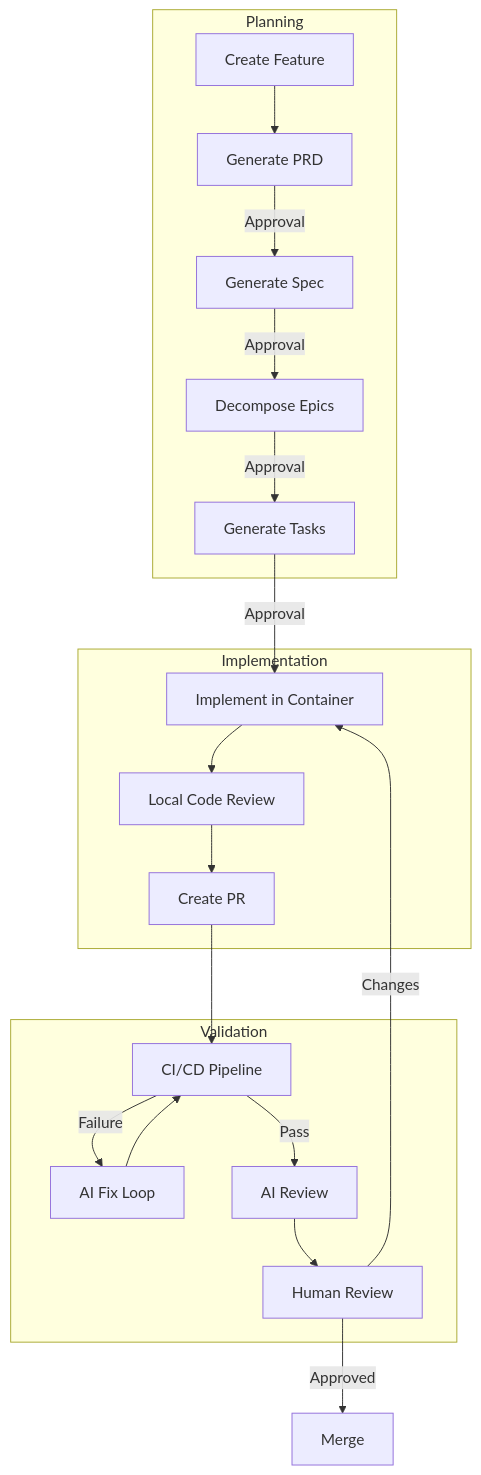
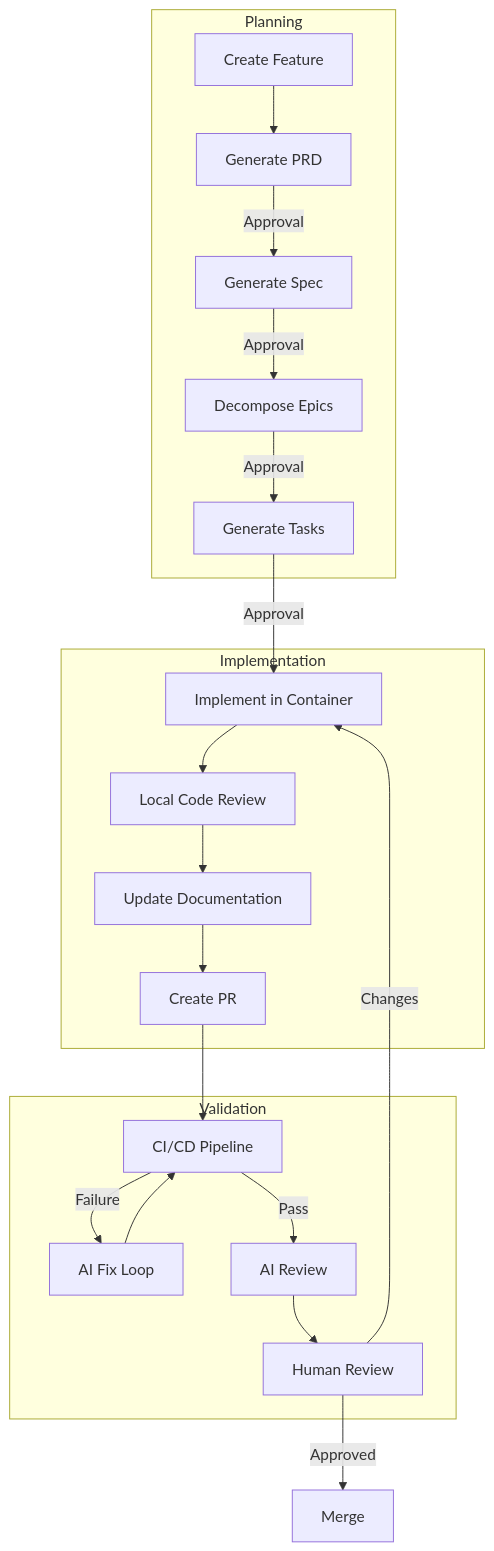
The first of 3 diagrams in docs/guide/feature-workflow.md (csoceanu/forge), drawn with Mermaid before and after one commit. The commit also changed 6 other files, not shown here.

````diff
--- a/docs/guide/feature-workflow.md
+++ b/docs/guide/feature-workflow.md
@@ -7,26 +7,27 @@
 ```mermaid
 flowchart TD
     subgraph Planning
         A[Create Feature] --> B[Generate PRD]
         B -->|Approval| C[Generate Spec]
         C -->|Approval| D[Decompose Epics]
         D -->|Approval| E[Generate Tasks]
     end
 
     subgraph Implementation
         E -->|Approval| F[Implement in Container]
         F --> G[Local Code Review]
-        G --> H[Create PR]
+        G --> H[Update Documentation]
+        H --> I[Create PR]
     end
 
     subgraph Validation
-        H --> I[CI/CD Pipeline]
-        I -->|Failure| J[AI Fix Loop]
-        J --> I
-        I -->|Pass| K[AI Review]
-        K --> L[Human Review]
+        I --> J[CI/CD Pipeline]
+        J -->|Failure| K[AI Fix Loop]
+        K --> J
+        J -->|Pass| L[AI Review]
+        L --> M[Human Review]
     end
 
-    L -->|Approved| M[Merge]
-    L -->|Changes| F
+    M -->|Approved| N[Merge]
+    M -->|Changes| F
 ```
````
